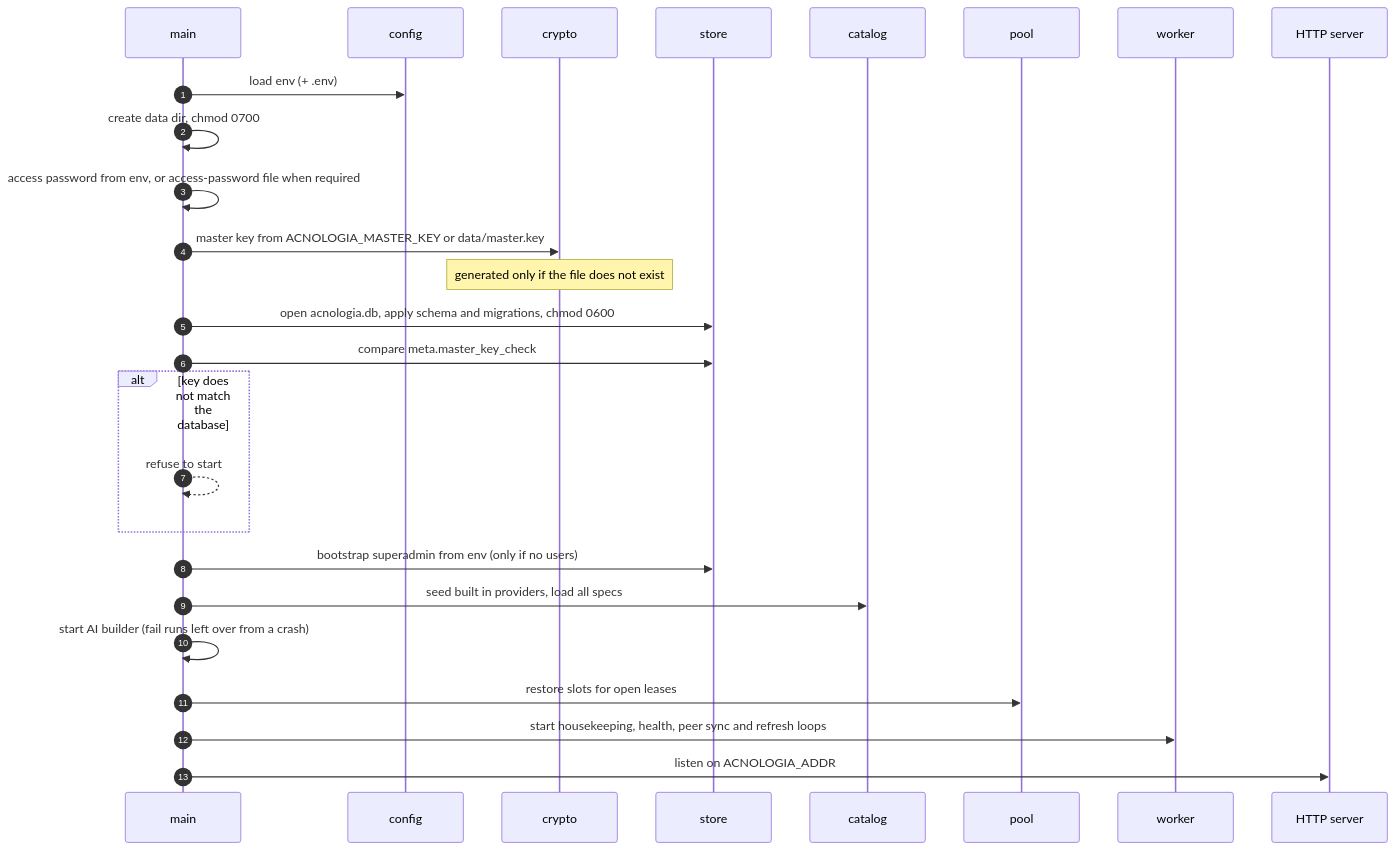
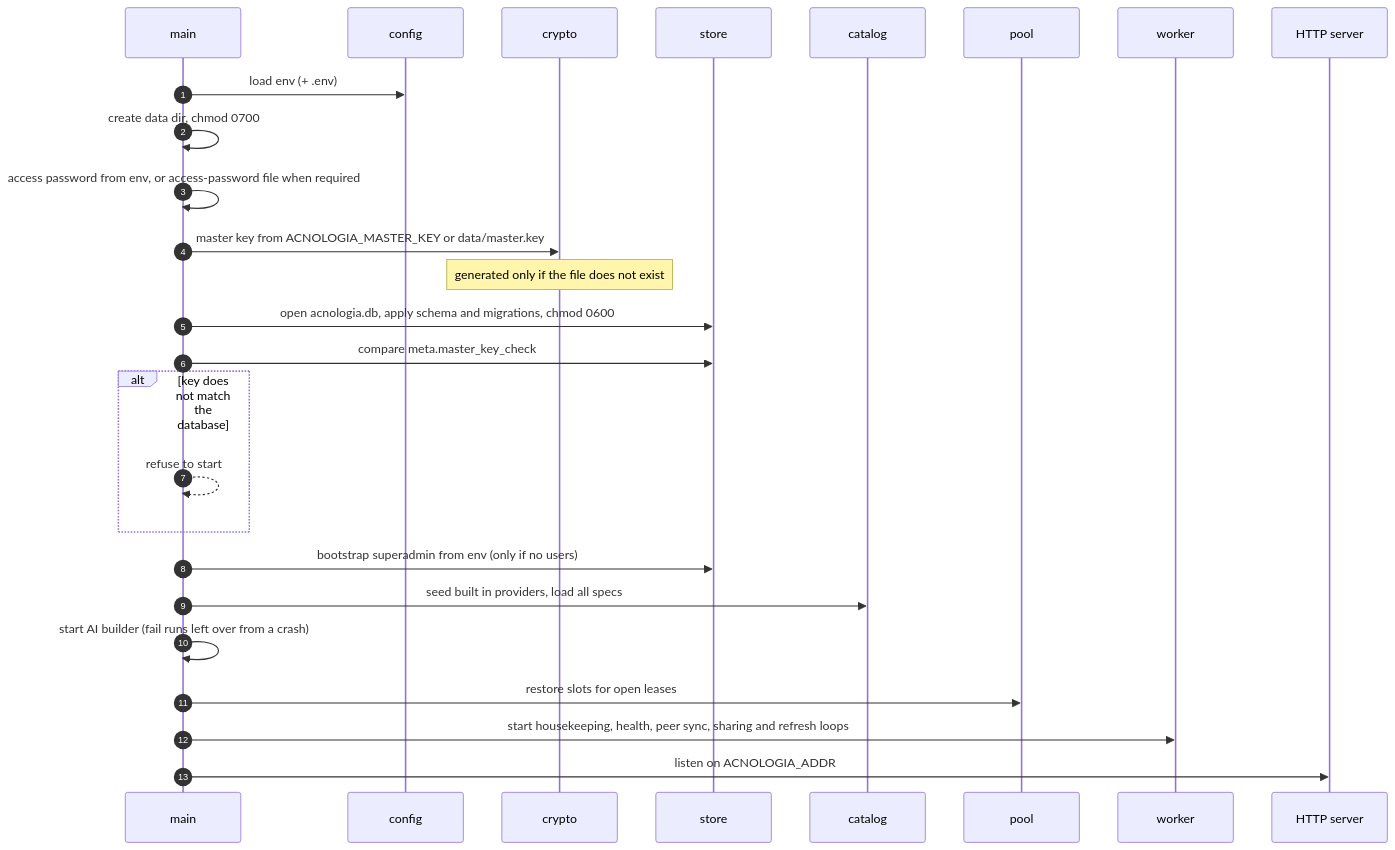
Before and after one commit to sidharthpunathil/acnologia: the fourth of 6 diagrams in docs/architecture.md, drawn with Mermaid. The commit also changed other lines of this file and 34 other files, not shown here.

````diff
--- a/docs/architecture.md
+++ b/docs/architecture.md
@@ -342,29 +410,29 @@
 ```mermaid
 sequenceDiagram
     autonumber
     participant M as main
     participant C as config
     participant K as crypto
     participant S as store
     participant Cat as catalog
     participant P as pool
     participant W as worker
     participant H as HTTP server
 
     M->>C: load env (+ .env)
     M->>M: create data dir, chmod 0700
     M->>M: access password from env, or access-password file when required
     M->>K: master key from ACNOLOGIA_MASTER_KEY or data/master.key
     Note over K: generated only if the file does not exist
     M->>S: open acnologia.db, apply schema and migrations, chmod 0600
     M->>S: compare meta.master_key_check
     alt key does not match the database
         M-->>M: refuse to start
     end
     M->>S: bootstrap superadmin from env (only if no users)
     M->>Cat: seed built in providers, load all specs
     M->>M: start AI builder (fail runs left over from a crash)
     M->>P: restore slots for open leases
-    M->>W: start housekeeping, health, peer sync and refresh loops
+    M->>W: start housekeeping, health, peer sync, sharing and refresh loops
     M->>H: listen on ACNOLOGIA_ADDR
 ```
````
